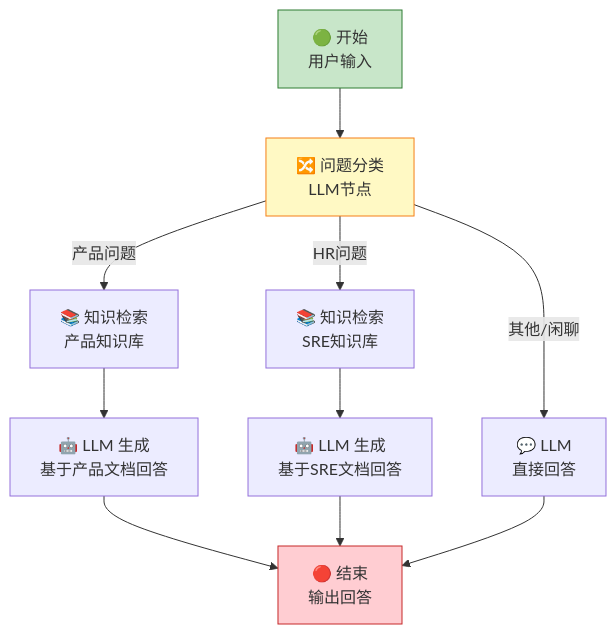
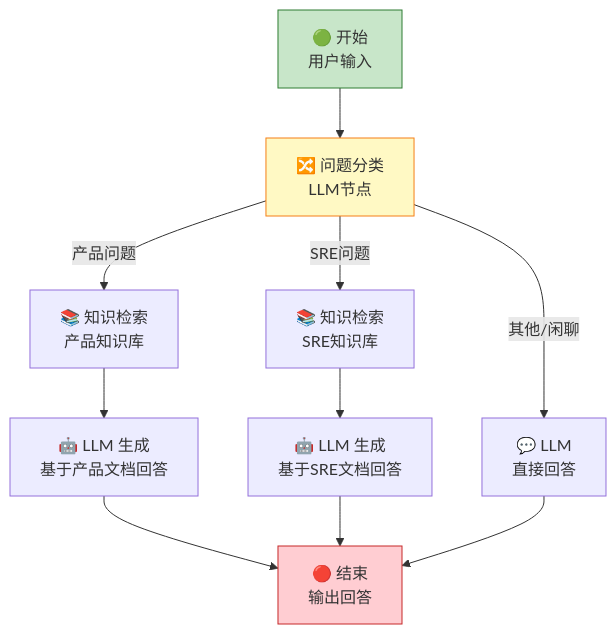
The sixth of 6 diagrams in RAG.md (iKubernetes/LLM-Foundations-Lab), drawn with Mermaid before and after one commit. The commit also changed other lines of this file, not shown here.

````diff
--- a/RAG.md
+++ b/RAG.md
@@ -847,19 +847,19 @@
    ```mermaid
    flowchart TD
        START["🟢 开始<br/>用户输入"] --> CLASSIFY["🔀 问题分类<br/>LLM节点"]
        
        CLASSIFY -->|"产品问题"| KB_PRODUCT["📚 知识检索<br/>产品知识库"]
-       CLASSIFY -->|"HR问题"| KB_HR["📚 知识检索<br/>SRE知识库"]
+       CLASSIFY -->|"SRE问题"| KB_HR["📚 知识检索<br/>SRE知识库"]
        CLASSIFY -->|"其他/闲聊"| DIRECT["💬 LLM<br/>直接回答"]
        
        KB_PRODUCT --> LLM1["🤖 LLM 生成<br/>基于产品文档回答"]
        KB_HR --> LLM2["🤖 LLM 生成<br/>基于SRE文档回答"]
        
        LLM1 --> END["🔴 结束<br/>输出回答"]
        LLM2 --> END
        DIRECT --> END
    
        style START fill:#c8e6c9,stroke:#2E7D32
        style END fill:#ffcdd2,stroke:#C62828
        style CLASSIFY fill:#fff9c4,stroke:#F57F17
    ```
````
